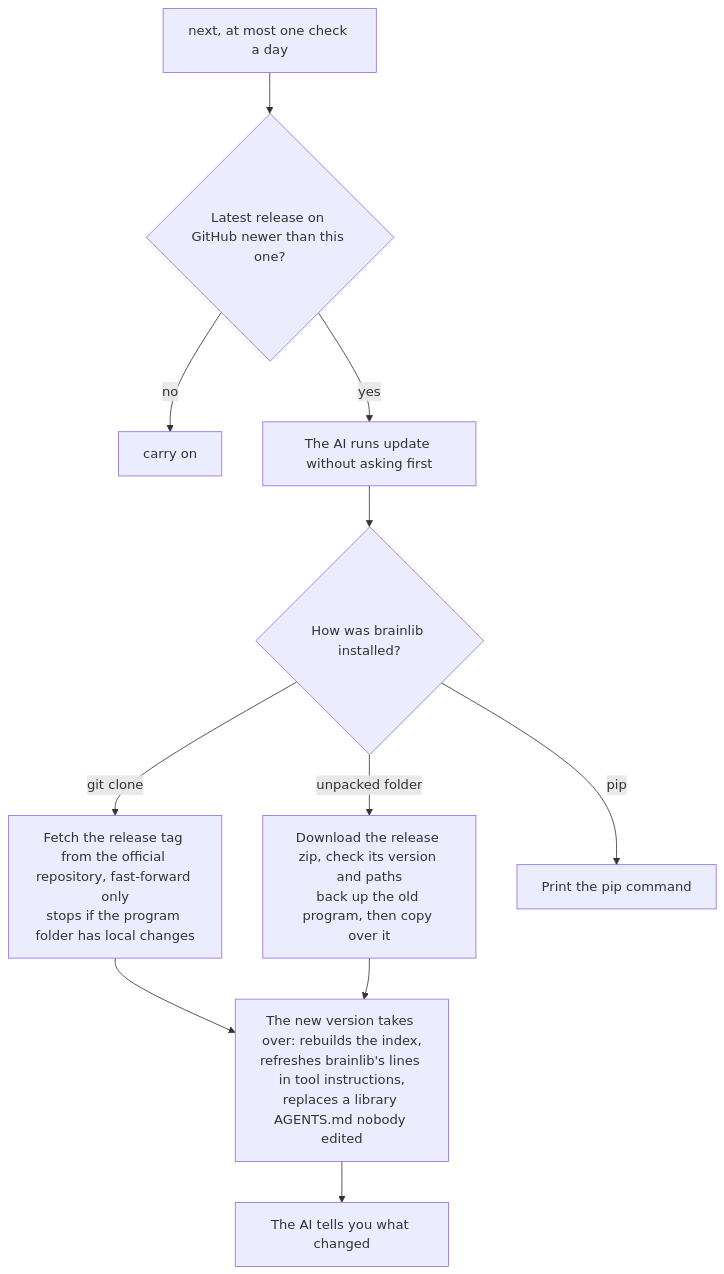
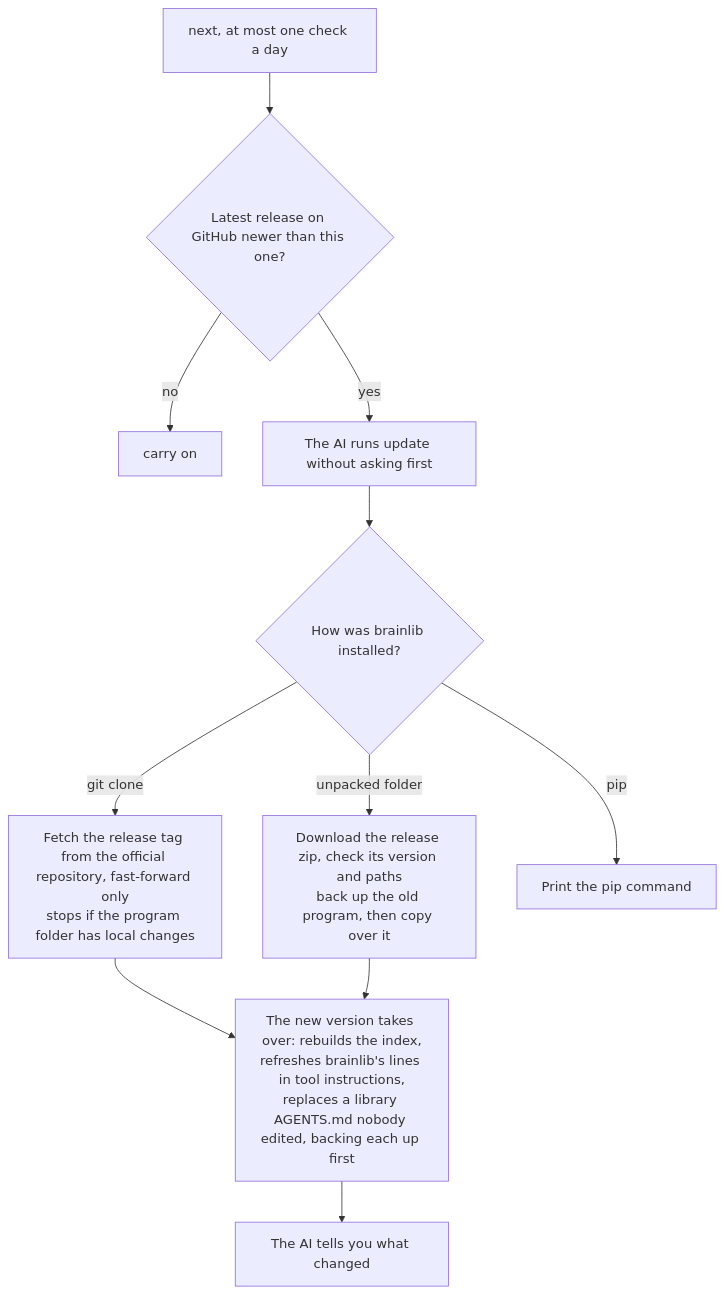
The fifth of 5 diagrams in README.en.md (mingweima/brainlib), drawn with Mermaid before and after one commit. The commit also changed other lines of this file and 11 other files, not shown here.

First line of the commit message:
Fixes from the v0.2.1 review: each copy keeps its own version, AGENTS.md gets a runnable command

````diff
--- a/README.en.md
+++ b/README.en.md
@@ -205,13 +209,13 @@
 ```mermaid
 flowchart TD
     A["next, at most one check a day"] --> B{"Latest release on GitHub newer than this one?"}
     B -->|"no"| Z["carry on"]
     B -->|"yes"| C["The AI runs update without asking first"]
     C --> D{"How was brainlib installed?"}
     D -->|"git clone"| E["Fetch the release tag from the official repository, fast-forward only<br>stops if the program folder has local changes"]
     D -->|"unpacked folder"| F["Download the release zip, check its version and paths<br>back up the old program, then copy over it"]
     D -->|"pip"| G["Print the pip command"]
-    E --> H["The new version takes over: rebuilds the index,<br>refreshes brainlib's lines in tool instructions,<br>replaces a library AGENTS.md nobody edited"]
+    E --> H["The new version takes over: rebuilds the index,<br>refreshes brainlib's lines in tool instructions,<br>replaces a library AGENTS.md nobody edited, backing each up first"]
     F --> H
     H --> I["The AI tells you what changed"]
 ```
````
